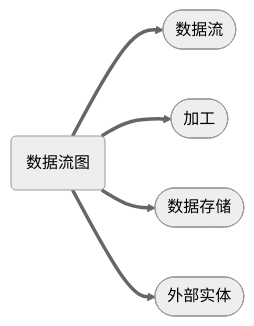
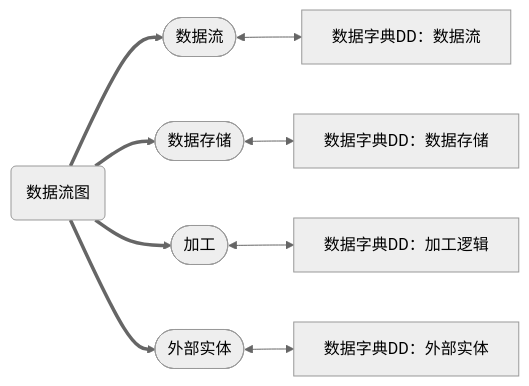
Before and after one commit to Rtoax/test-linux: the fourth of 7 diagrams in Documentation/ruankao/software-engineering.rst, drawn with Mermaid (neutral theme). The commit also changed other lines of this file and 1 other file, not shown here.

```diff
--- a/Documentation/ruankao/software-engineering.rst
+++ b/Documentation/ruankao/software-engineering.rst
@@ -249,8 +250,8 @@
 .. mermaid::
    :caption: 数据流图 DFD
 
     flowchart LR
-        DFD(数据流图) ==> DataFlow([数据流])
-        DFD ==> Process([加工])
-        DFD ==> DataStore([数据存储])
-        DFD ==> Entity([外部实体])
+        DFD(数据流图) ==> DataFlow([数据流]) <--> DD-DataFlow[数据字典DD：数据流]
+        DFD ==> DataStore([数据存储]) <--> DD-DataStore[数据字典DD：数据存储]
+        DFD ==> Process([加工]) <--> DD-ProcessLogic[数据字典DD：加工逻辑]
+        DFD ==> Entity([外部实体]) <--> DD-Entity[数据字典DD：外部实体]
```
